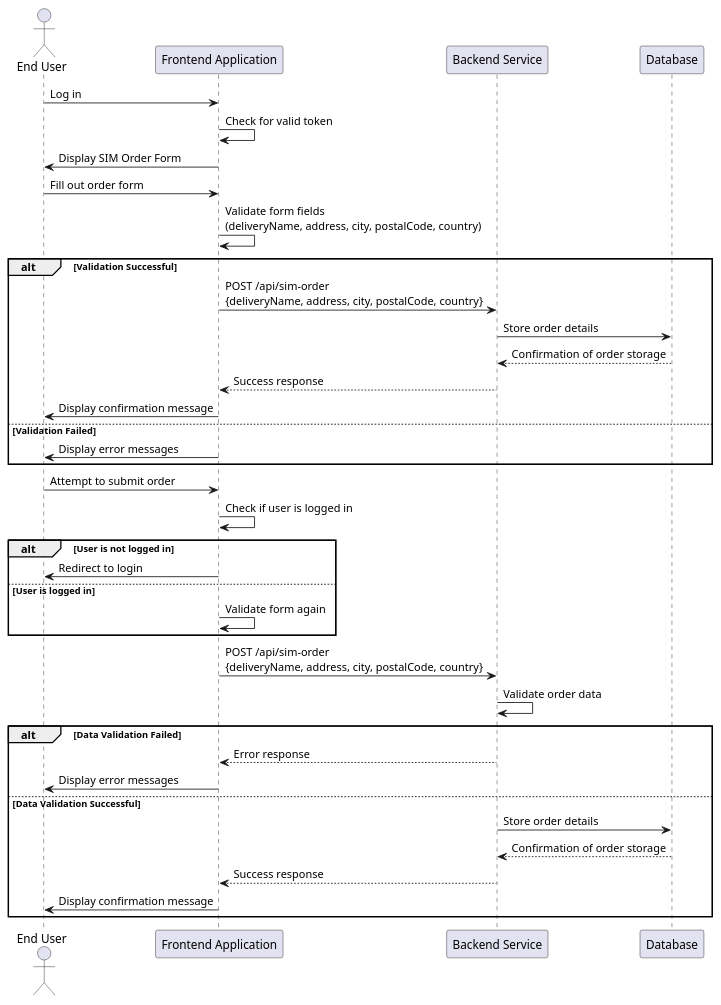
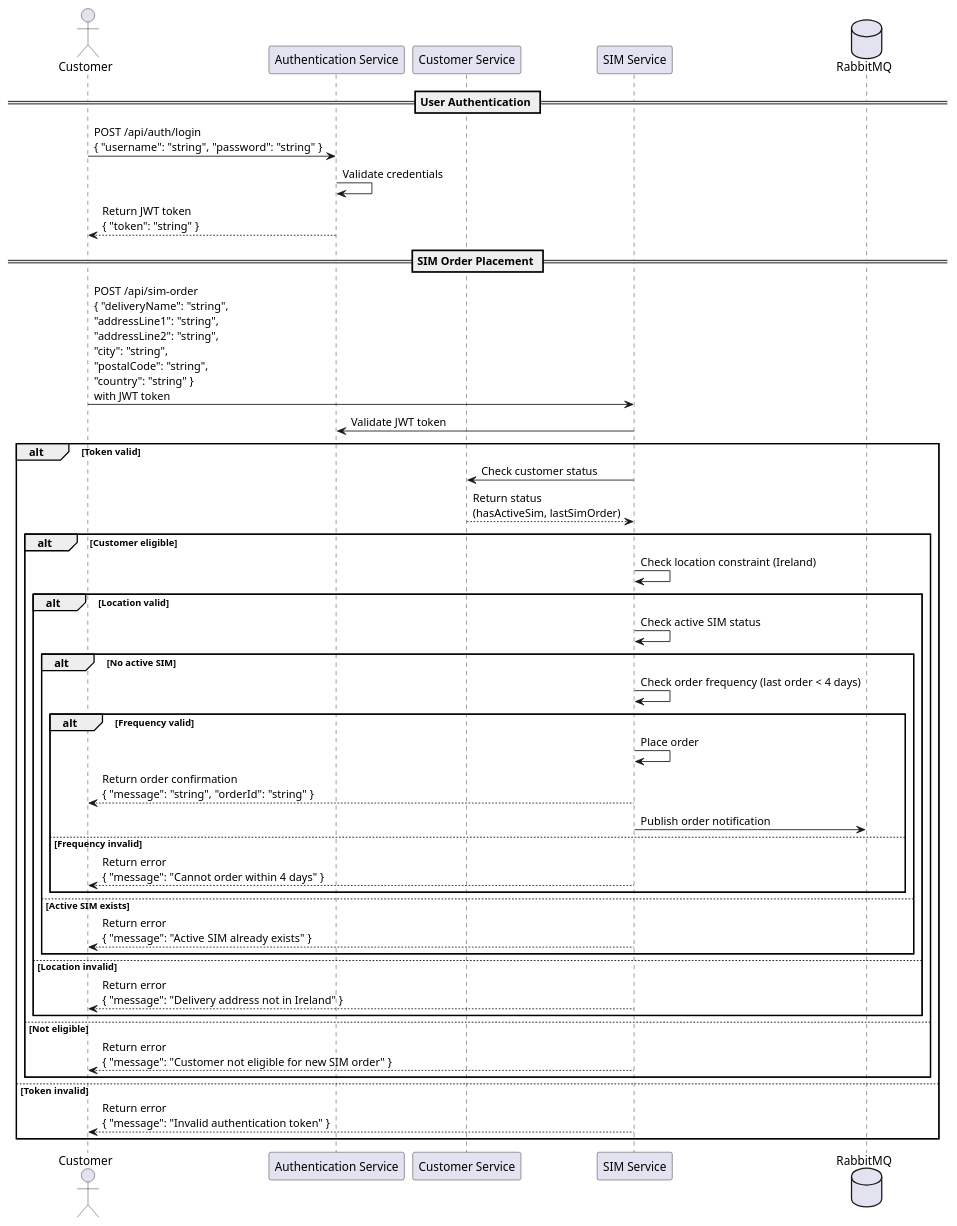
One commit to Bhaskar-Pavan/ThreeIreland_48 changed the diagram in design_document/ThreeIreland_48.md. Above: the diagram before and after it, drawn with PlantUML. The commit also changed other lines of this file, not shown here.

````diff
--- a/design_document/ThreeIreland_48.md
+++ b/design_document/ThreeIreland_48.md
@@ -30,46 +39,48 @@
 ```plantuml
 @startuml
-actor "End User" as User
-participant "Frontend Application" as Frontend
-participant "Backend Service" as Backend
-participant "Database" as Database
+actor Customer
+participant "Authentication Service" as AuthService
+participant "Customer Service" as CustService
+participant "SIM Service" as SimService
+database "RabbitMQ" as RabbitMQ
 
-User -> Frontend : Log in
-Frontend -> Frontend : Check for valid token
-Frontend -> User : Display SIM Order Form
+== User Authentication ==
+Customer -> AuthService: POST /api/auth/login\n{ "username": "string", "password": "string" }
+AuthService -> AuthService: Validate credentials
+AuthService --> Customer: Return JWT token\n{ "token": "string" }
 
-User -> Frontend : Fill out order form
-Frontend -> Frontend : Validate form fields\n(deliveryName, address, city, postalCode, country)
-alt Validation Successful
-    Frontend -> Backend : POST /api/sim-order\n{deliveryName, address, city, postalCode, country}
+== SIM Order Placement ==
+Customer -> SimService: POST /api/sim-order\n{ "deliveryName": "string",\n"addressLine1": "string",\n"addressLine2": "string",\n"city": "string",\n"postalCode": "string",\n"country": "string" }\nwith JWT token
+SimService -> AuthService: Validate JWT token
+alt Token valid
+    SimService -> CustService: Check customer status
+    CustService --> SimService: Return status\n(hasActiveSim, lastSimOrder)
     
-    Backend -> Database : Store order details
-    Database --> Backend : Confirmation of order storage
-    Backend --> Frontend : Success response
-    Frontend -> User : Display confirmation message
-else Validation Failed
-    Frontend -> User : Display error messages
-end
-
-User -> Frontend : Attempt to submit order
-Frontend -> Frontend : Check if user is logged in
-alt User is not logged in
-    Frontend -> User : Redirect to login
-else User is logged in
-    Frontend -> Frontend : Validate form again
-end
-
-Frontend -> Backend : POST /api/sim-order\n{deliveryName, address, city, postalCode, country}
-Backend -> Backend : Validate order data
-alt Data Validation Failed
-    Backend --> Frontend : Error response
-    Frontend -> User : Display error messages
-else Data Validation Successful
-    Backend -> Database : Store order details
-    Database --> Backend : Confirmation of order storage
-    Backend --> Frontend : Success response
-    Frontend -> User : Display confirmation message
+    alt Customer eligible
+        SimService -> SimService: Check location constraint (Ireland)
+        alt Location valid
+            SimService -> SimService: Check active SIM status
+            alt No active SIM
+                SimService -> SimService: Check order frequency (last order < 4 days)
+                alt Frequency valid
+                    SimService -> SimService: Place order
+                    SimService --> Customer: Return order confirmation\n{ "message": "string", "orderId": "string" }
+                    SimService -> RabbitMQ: Publish order notification
+                else Frequency invalid
+                    SimService --> Customer: Return error\n{ "message": "Cannot order within 4 days" }
+                end
+            else Active SIM exists
+                SimService --> Customer: Return error\n{ "message": "Active SIM already exists" }
+            end
+        else Location invalid
+            SimService --> Customer: Return error\n{ "message": "Delivery address not in Ireland" }
+        end
+    else Not eligible
+        SimService --> Customer: Return error\n{ "message": "Customer not eligible for new SIM order" }
+    end
+else Token invalid
+    SimService --> Customer: Return error\n{ "message": "Invalid authentication token" }
 end
 
 @enduml
 ```
````
